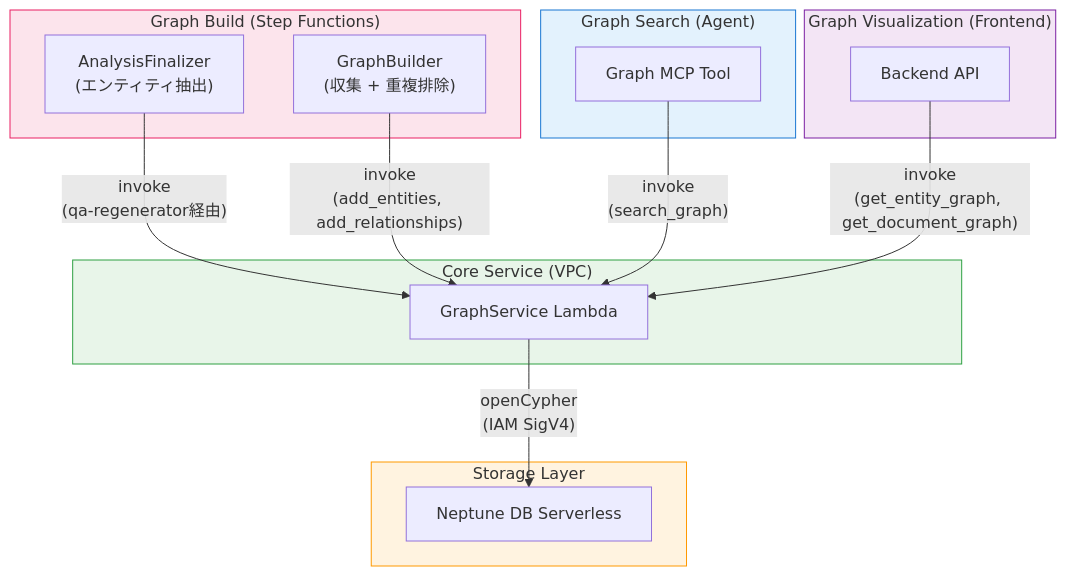
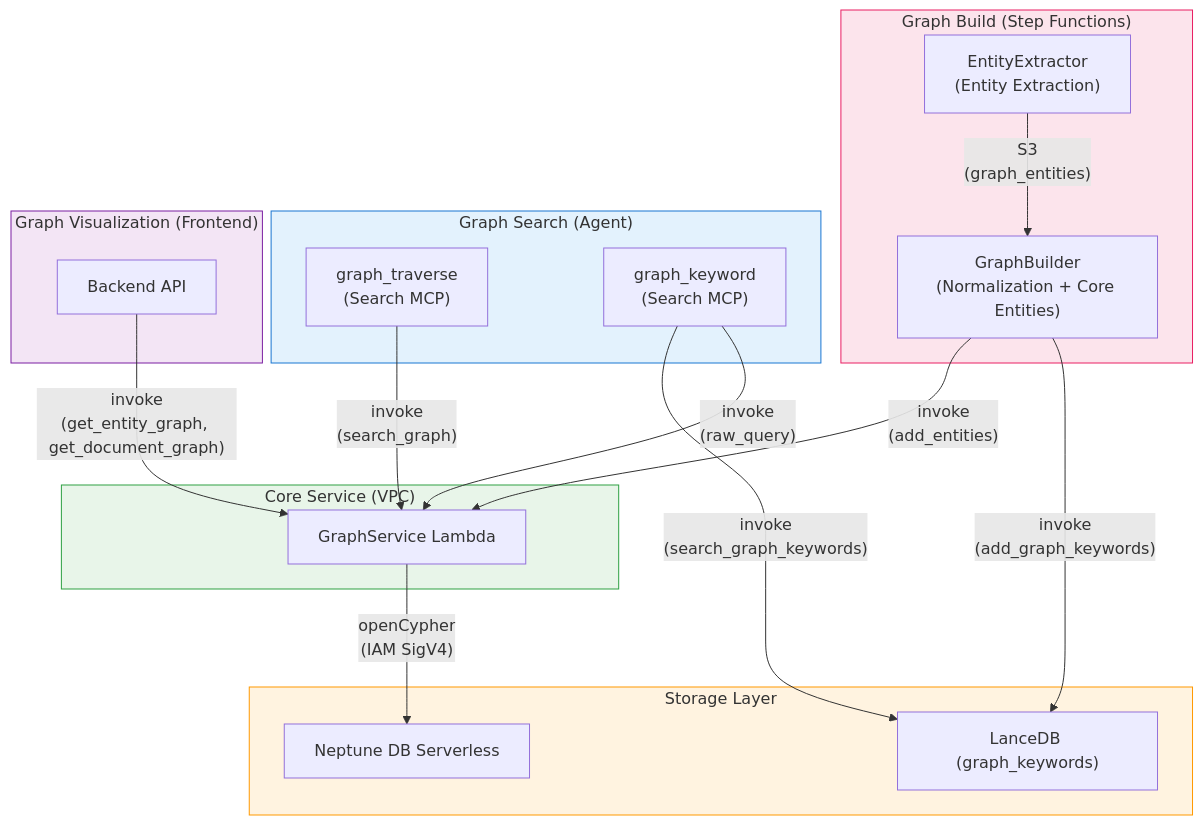
One commit to rajaelime/sample-aws-idp-pipeline changed the diagram in docs/src/content/docs/ja/graphdb.md. Above: the diagram before and after it, drawn with Mermaid. The commit also changed other lines of this file and 22 other files, not shown here.

Commit message:
Update docs for graph refactoring

````diff
--- a/docs/src/content/docs/ja/graphdb.md
+++ b/docs/src/content/docs/ja/graphdb.md
@@ -310,36 +372,41 @@
 ```mermaid
 graph TB
     subgraph Build["Graph Build (Step Functions)"]
-        AF["AnalysisFinalizer<br/>(エンティティ抽出)"]
-        GB["GraphBuilder<br/>(収集 + 重複排除)"]
+        EE["EntityExtractor<br/>(Entity Extraction)"]
+        GB["GraphBuilder<br/>(Normalization + Core Entities)"]
     end
 
     subgraph Search["Graph Search (Agent)"]
-        GMCP["Graph MCP Tool"]
+        GT["graph_traverse<br/>(Search MCP)"]
+        GK["graph_keyword<br/>(Search MCP)"]
     end
 
     subgraph Viz["Graph Visualization (Frontend)"]
         BE["Backend API"]
     end
 
     subgraph Core["Core Service (VPC)"]
         GS["GraphService Lambda"]
     end
 
     subgraph Storage["Storage Layer"]
         Neptune["Neptune DB Serverless"]
+        LanceDB["LanceDB (graph_keywords)"]
     end
 
-    AF -->|"invoke<br/>(qa-regenerator経由)"| GS
-    GB -->|"invoke<br/>(add_entities, add_relationships)"| GS
-    GMCP -->|"invoke<br/>(search_graph)"| GS
+    EE -->|"S3<br/>(graph_entities)"| GB
+    GB -->|"invoke<br/>(add_entities)"| GS
+    GB -->|"invoke<br/>(add_graph_keywords)"| LanceDB
+    GT -->|"invoke<br/>(search_graph)"| GS
+    GK -->|"invoke<br/>(search_graph_keywords)"| LanceDB
+    GK -->|"invoke<br/>(raw_query)"| GS
     BE -->|"invoke<br/>(get_entity_graph, get_document_graph)"| GS
 
     GS -->|"openCypher<br/>(IAM SigV4)"| Neptune
 
     style Storage fill:#fff3e0,stroke:#ff9900
     style Core fill:#e8f5e9,stroke:#2ea043
     style Build fill:#fce4ec,stroke:#e91e63
     style Search fill:#e3f2fd,stroke:#1976d2
     style Viz fill:#f3e5f5,stroke:#7b1fa2
 ```
````
